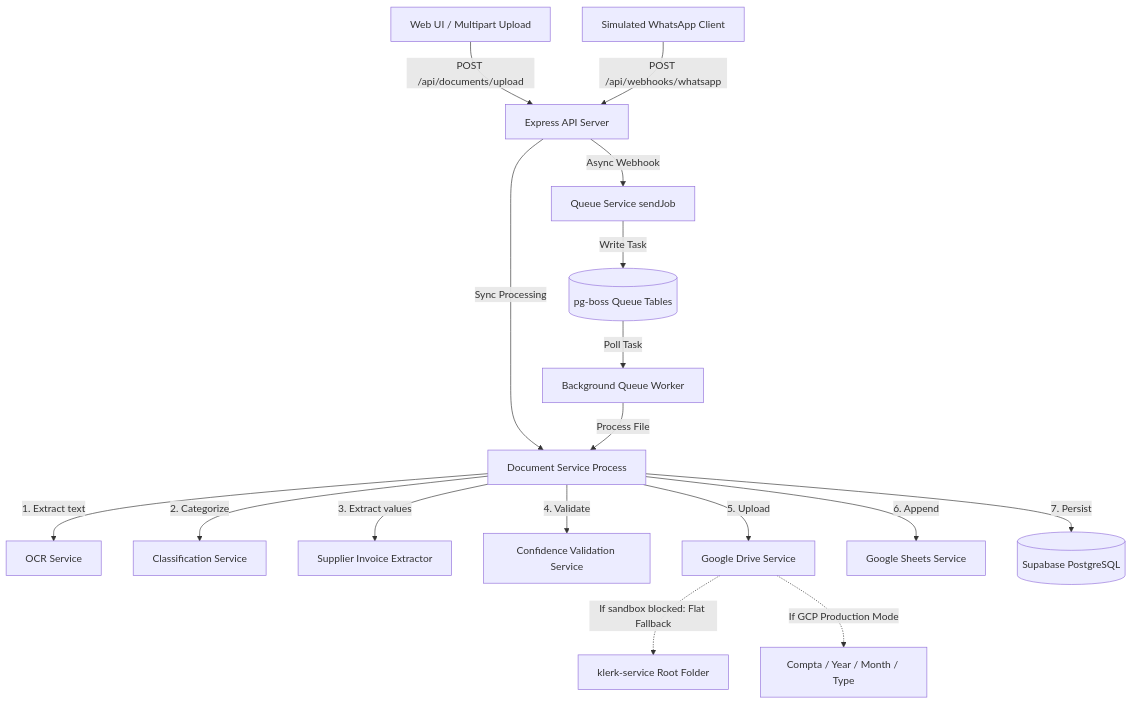
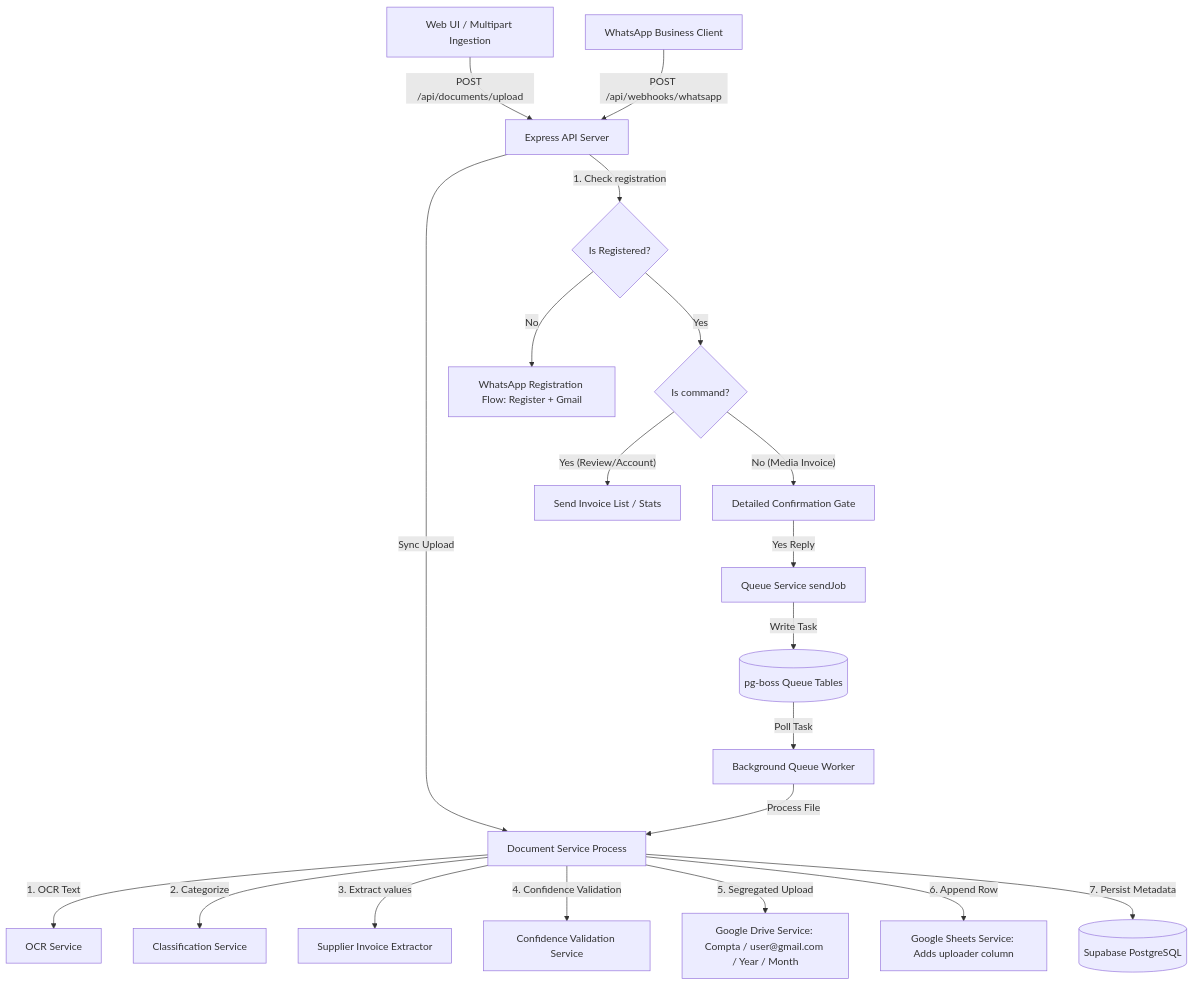
Before and after one commit to shauatsmvec/klerk: the first of 2 diagrams in project/README.md, drawn with Mermaid. The commit also changed other lines of this file, not shown here.

Commit message:
docs: update README with WhatsApp multi-tenancy and confirmation diagrams

````diff
--- a/project/README.md
+++ b/project/README.md
@@ -11,30 +11,34 @@
 ```mermaid
 graph TD
     %% Ingestion Sources
-    UserUpload[Web UI / Multipart Upload] -->|POST /api/documents/upload| Server[Express API Server]
-    WhatsAppSim[Simulated WhatsApp Client] -->|POST /api/webhooks/whatsapp| Server
+    UserUpload[Web UI / Multipart Ingestion] -->|POST /api/documents/upload| Server[Express API Server]
+    WhatsAppClient[WhatsApp Business Client] -->|POST /api/webhooks/whatsapp| Server
     
-    %% API Routing
-    Server -->|Sync Processing| SyncFlow[Document Service Process]
-    Server -->|Async Webhook| QueueService[Queue Service sendJob]
+    %% API Routing & State Machine
+    Server -->|Sync Upload| SyncFlow[Document Service Process]
+    Server -->|1. Check registration| StateMachine{Is Registered?}
     
-    %% Queue Flow
+    StateMachine -- No --> RegFlow[WhatsApp Registration Flow: Register + Gmail]
+    StateMachine -- Yes --> CmdCheck{Is command?}
+    
+    %% Commands Routing
+    CmdCheck -- Yes (Review/Account) --> CmdFlow[Send Invoice List / Stats]
+    CmdCheck -- No (Media Invoice) --> ConfirmFlow[Detailed Confirmation Gate]
+    
+    %% Queuing & Workers
+    ConfirmFlow -->|Yes Reply| QueueService[Queue Service sendJob]
     QueueService -->|Write Task| pgBoss[(pg-boss Queue Tables)]
     pgBoss -->|Poll Task| BackgroundWorker[Background Queue Worker]
     BackgroundWorker -->|Process File| SyncFlow
     
     %% Document Pipeline Operations
-    SyncFlow -->|1. Extract text| OCRService[OCR Service]
+    SyncFlow -->|1. OCR Text| OCRService[OCR Service]
     SyncFlow -->|2. Categorize| ClassificationService[Classification Service]
     SyncFlow -->|3. Extract values| ExtractionService[Supplier Invoice Extractor]
-    SyncFlow -->|4. Validate| ConfidenceService[Confidence Validation Service]
+    SyncFlow -->|4. Confidence Validation| ConfidenceService[Confidence Validation Service]
     
-    %% Persistence & Storage Interfaces
-    SyncFlow -->|5. Upload| GoogleDrive[Google Drive Service]
-    SyncFlow -->|6. Append| GoogleSheets[Google Sheets Service]
-    SyncFlow -->|7. Persist| Supabase[(Supabase PostgreSQL)]
-    
-    %% Self-Healing Fallback Links
-    GoogleDrive -.->|If sandbox blocked: Flat Fallback| MainFolder[klerk-service Root Folder]
-    GoogleDrive -.->|If GCP Production Mode| NestedFolder[Compta / Year / Month / Type]
+    %% Persistence & Storage Interfaces (Multi-Tenant)
+    SyncFlow -->|5. Segregated Upload| GoogleDrive[Google Drive Service: Compta / user@gmail.com / Year / Month]
+    SyncFlow -->|6. Append Row| GoogleSheets[Google Sheets Service: Adds uploader column]
+    SyncFlow -->|7. Persist Metadata| Supabase[(Supabase PostgreSQL)]
 ```
````
